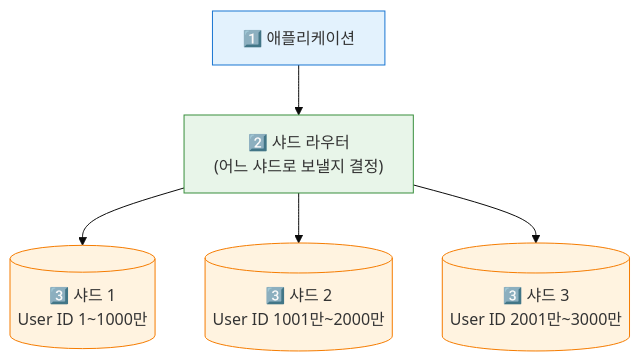
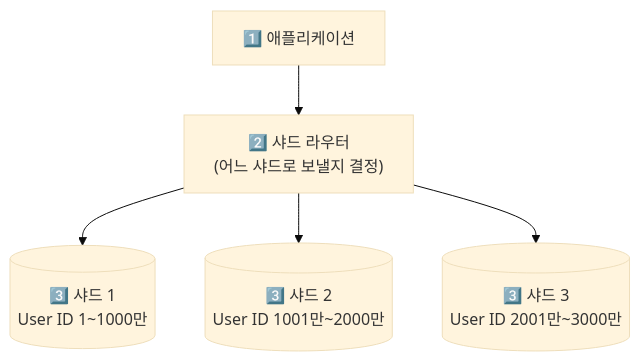
One commit to yjkim2015/yjkim2015.github.io changed the ninth of 17 diagrams in _posts/systemdesign/2026-05-02-system-design-fundamentals.md. Above: the diagram before and after it, drawn with Mermaid (base theme). The commit also changed other lines of this file and 215 other files, not shown here.

First line of the commit message:
신규 포스트 10개 추가 + Mermaid 전면 축소 + SystemDesign 시리즈 보강

````diff
--- a/_posts/systemdesign/2026-05-02-system-design-fundamentals.md
+++ b/_posts/systemdesign/2026-05-02-system-design-fundamentals.md
@@ -451,14 +353,7 @@
 ```mermaid
 graph TD
     App["1️⃣ 애플리케이션"] --> SR["2️⃣ 샤드 라우터\n(어느 샤드로 보낼지 결정)"]
     SR --> S1[("3️⃣ 샤드 1\nUser ID 1~1000만")]
     SR --> S2[("3️⃣ 샤드 2\nUser ID 1001만~2000만")]
     SR --> S3[("3️⃣ 샤드 3\nUser ID 2001만~3000만")]
-
-    classDef client fill:#e3f2fd,stroke:#1976d2
-    classDef server fill:#e8f5e9,stroke:#388e3c
-    classDef db fill:#fff3e0,stroke:#f57c00
-    class App client
-    class SR server
-    class S1,S2,S3 db
 ```
````
